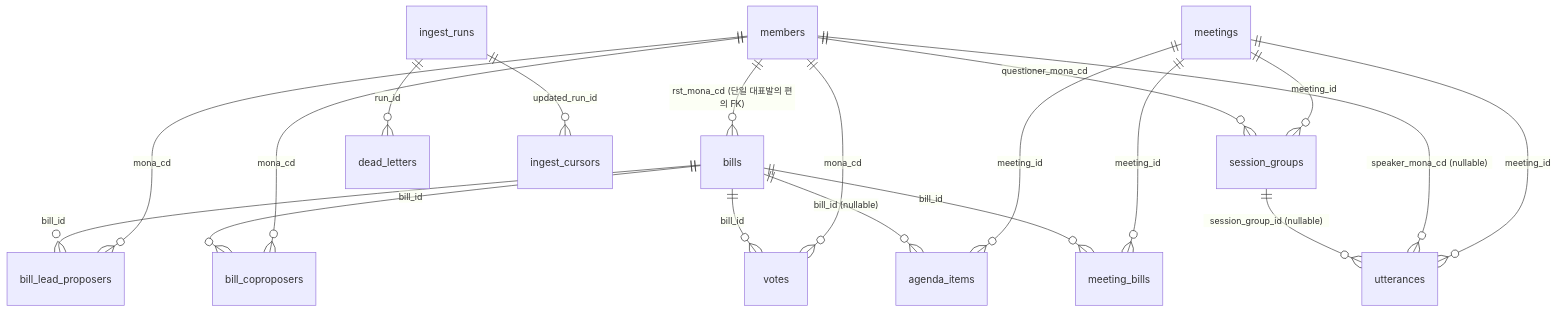
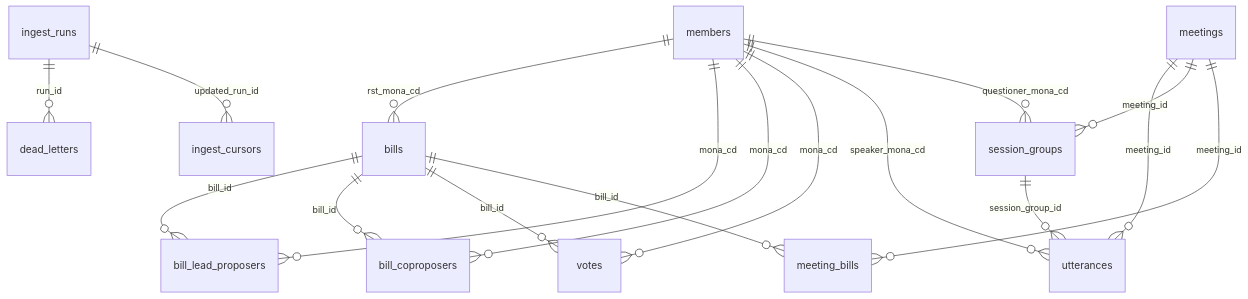
One commit to tjdwls101010/Congress-DB changed the diagram in docs/ERD.md. Above: the diagram before and after it, drawn with Mermaid. The commit also changed other lines of this file and 42 other files, not shown here.

````diff
--- a/docs/ERD.md
+++ b/docs/ERD.md
@@ -7,21 +7,19 @@
 ```mermaid
 erDiagram
-    members ||--o{ bills : "rst_mona_cd (단일 대표발의 편의 FK)"
+    members ||--o{ bills : "rst_mona_cd"
     members ||--o{ bill_lead_proposers : "mona_cd"
     bills ||--o{ bill_lead_proposers : "bill_id"
     members ||--o{ bill_coproposers : "mona_cd"
     bills ||--o{ bill_coproposers : "bill_id"
     members ||--o{ votes : "mona_cd"
     bills ||--o{ votes : "bill_id"
-    meetings ||--o{ agenda_items : "meeting_id"
     meetings ||--o{ utterances : "meeting_id"
     meetings ||--o{ session_groups : "meeting_id"
     meetings ||--o{ meeting_bills : "meeting_id"
     bills ||--o{ meeting_bills : "bill_id"
-    members ||--o{ utterances : "speaker_mona_cd (nullable)"
+    members ||--o{ utterances : "speaker_mona_cd"
     members ||--o{ session_groups : "questioner_mona_cd"
-    session_groups ||--o{ utterances : "session_group_id (nullable)"
-    bills ||--o{ agenda_items : "bill_id (nullable)"
+    session_groups ||--o{ utterances : "session_group_id"
     ingest_runs ||--o{ dead_letters : "run_id"
     ingest_runs ||--o{ ingest_cursors : "updated_run_id"
 ```
````
